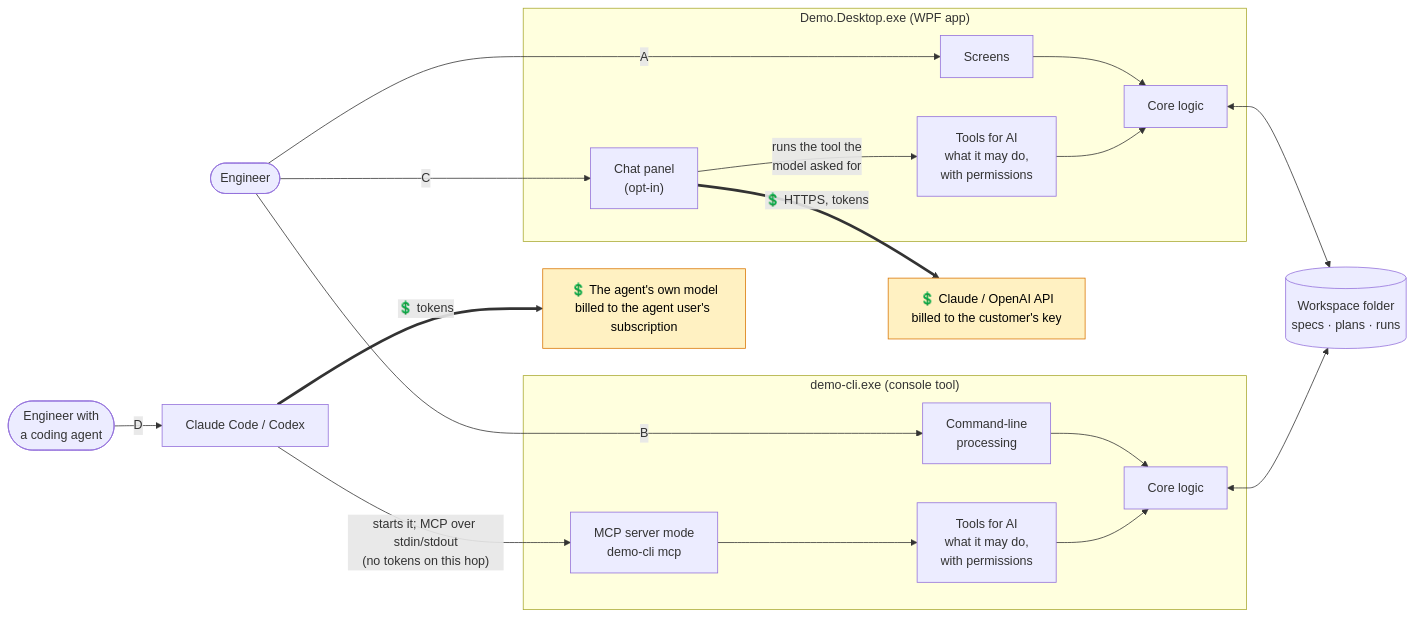
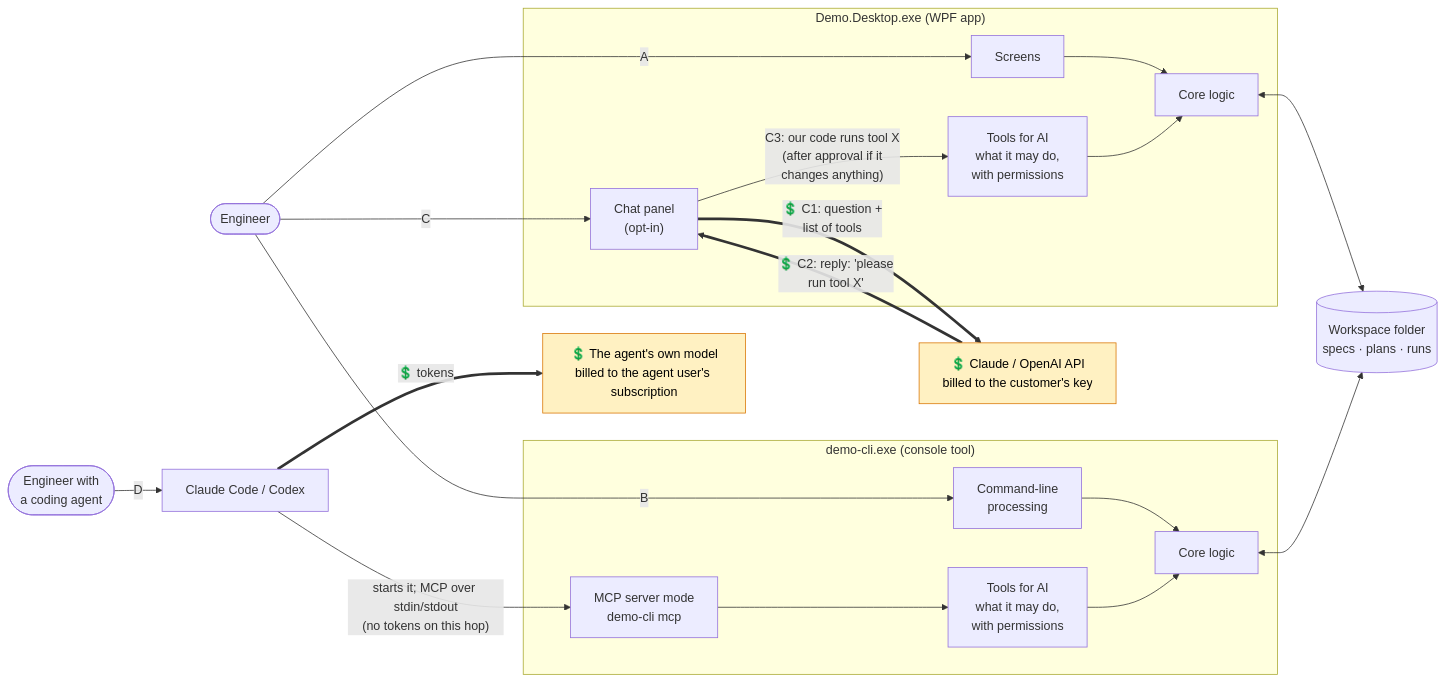
Before and after one commit to RelentlessOldMan/ChatbotAddonDemo: the diagram in README.md, drawn with Mermaid. The commit also changed other lines of this file, not shown here.

Commit message:
Docs: show the chat round trip in the README diagram and explain that the model only asks for tools

Claude-Session: https://claude.ai/code/session_01RqCrBPJkyojDMLP4z7v4oY

````diff
--- a/README.md
+++ b/README.md
@@ -20,37 +20,38 @@
 ```mermaid
 flowchart LR
     eng(["Engineer"])
     dev(["Engineer with<br/>a coding agent"])
 
     subgraph desktop["Demo.Desktop.exe (WPF app)"]
         ui["Screens"]
         chat["Chat panel<br/>(opt-in)"]
         dcap["Tools for AI<br/>what it may do,<br/>with permissions"]
         dlogic["Core logic"]
     end
     subgraph cli["demo-cli.exe (console tool)"]
         cmds["Command-line<br/>processing"]
         mcp["MCP server mode<br/>demo-cli mcp"]
         ccap["Tools for AI<br/>what it may do,<br/>with permissions"]
         clogic["Core logic"]
     end
 
     llm["💲 Claude / OpenAI API<br/>billed to the customer's key"]
     agent["Claude Code / Codex"]
     agentllm["💲 The agent's own model<br/>billed to the agent user's subscription"]
     ws[("Workspace folder<br/>specs · plans · runs")]
 
     eng -- A --> ui --> dlogic
     eng -- B --> cmds --> clogic
     eng -- C --> chat
-    chat == "💲 HTTPS, tokens" ==> llm
-    chat -- "runs the tool the<br/>model asked for" --> dcap --> dlogic
+    chat == "💲 C1: question +<br/>list of tools" ==> llm
+    llm == "💲 C2: reply: 'please<br/>run tool X'" ==> chat
+    chat -- "C3: our code runs tool X<br/>(after approval if it<br/>changes anything)" --> dcap --> dlogic
     dev -- D --> agent
     agent == "💲 tokens" ==> agentllm
     agent -- "starts it; MCP over stdin/stdout<br/>(no tokens on this hop)" --> mcp --> ccap --> clogic
     dlogic <--> ws
     clogic <--> ws
 
     classDef paid fill:#fff1c2,stroke:#d97706,color:#000
     class llm,agentllm paid
 ```
````
